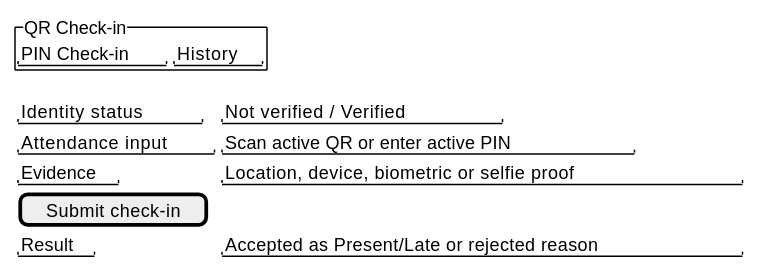
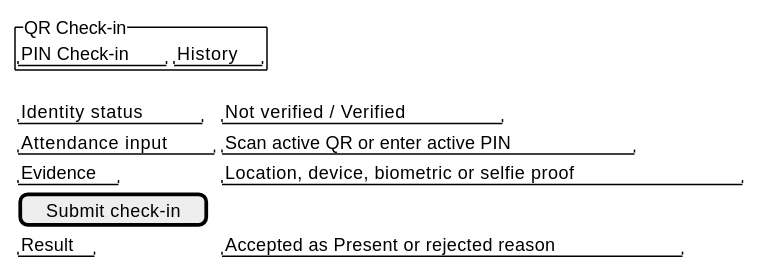
One commit to nttung42/SWD392 changed the fourth of 26 diagrams in docs/rds/2_Analysis.md. Above: the diagram before and after it, drawn with PlantUML. The commit also changed other lines of this file and 2 other files, not shown here.

````diff
--- a/docs/rds/2_Analysis.md
+++ b/docs/rds/2_Analysis.md
@@ -246,14 +245,14 @@
 ```plantuml
 @startsalt
 {
   {^"QR Check-in" | "PIN Check-in" | "History"}
   {
     "Identity status" | "Not verified / Verified"
     "Attendance input" | "Scan active QR or enter active PIN"
     "Evidence" | "Location, device, biometric or selfie proof"
     [Submit check-in]
-    "Result" | "Accepted as Present/Late or rejected reason"
+    "Result" | "Accepted as Present or rejected reason"
   }
 }
 @endsalt
 ```
````
